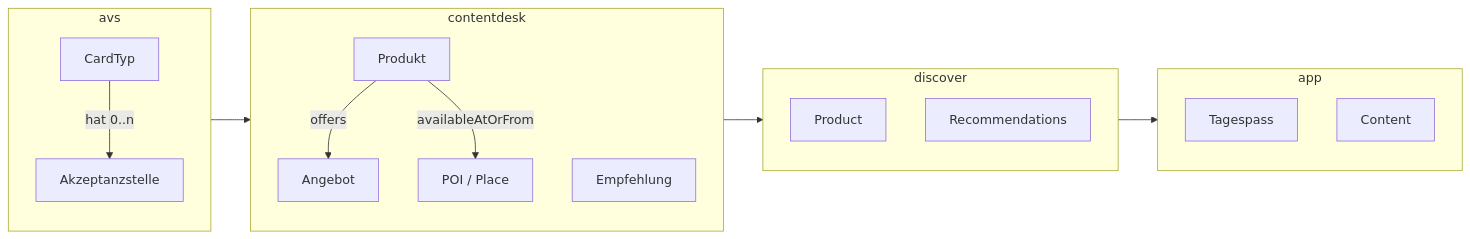
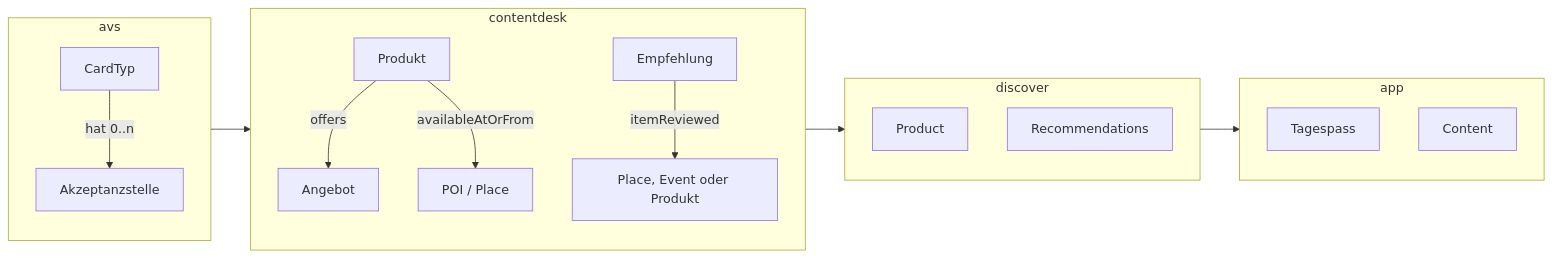
Before and after one commit to tsolenthaler/docs.contentdesk.io: the second of 8 diagrams in docs/dev/projects/glarnerlandApp.md, drawn with Mermaid. The commit also changed 1 other file, not shown here.

Commit message:
Refactor graph orientation to top-down in glarnerlandApp.md and update class diagram properties

````diff
--- a/docs/dev/projects/glarnerlandApp.md
+++ b/docs/dev/projects/glarnerlandApp.md
@@ -36,27 +36,27 @@
 ``` mermaid
 graph LR
     subgraph avs
         direction TB
         CardTyp --> | hat 0..n| Akzeptanzstelle
     end
     subgraph contentdesk
         direction TB
         Produkt --> |offers| Angebot
         Produkt --> |availableAtOrFrom| Ort["POI / Place"]
-        Empfehlung
+        Empfehlung --> |itemReviewed| item["Place, Event oder Produkt"]
     end
     subgraph discover
         direction TB
         Product
         Recommendations
     end
     subgraph app
         direction TB
         Tagespass
         Content
     end
 
     avs --> contentdesk
     contentdesk --> discover
     discover --> app
 ```
````
